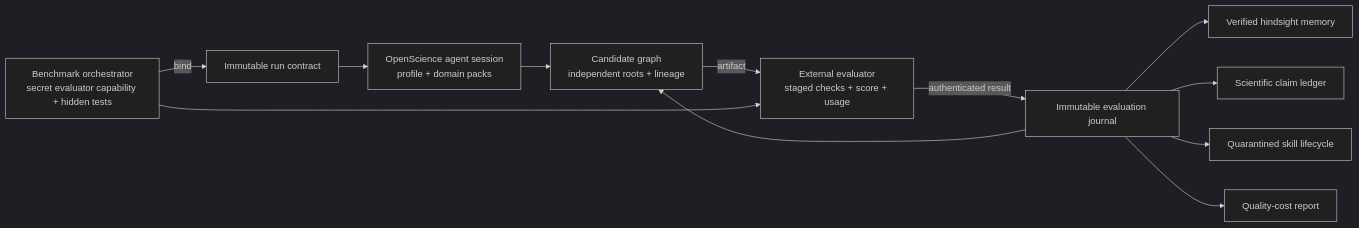
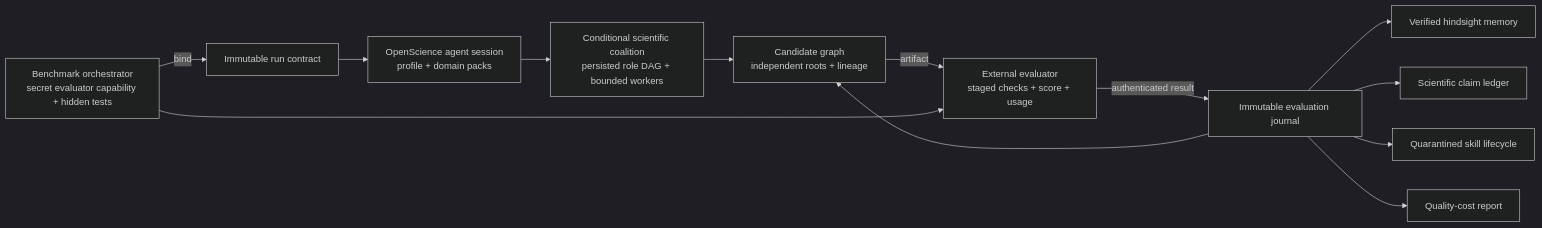
Before and after one commit to synthetic-sciences/openscience: the diagram in docs/HARNESS.md, drawn with Mermaid (dark theme). The commit also changed other lines of this file and 12 other files, not shown here.

Commit message:
feat(harness): add conditional scientific coalitions

````diff
--- a/docs/HARNESS.md
+++ b/docs/HARNESS.md
@@ -20,25 +21,27 @@
 ```mermaid
 flowchart LR
     O["Benchmark orchestrator\nsecret evaluator capability + hidden tests"]
     C["Immutable run contract"]
     A["OpenScience agent session\nprofile + domain packs"]
+    Q["Conditional scientific coalition\npersisted role DAG + bounded workers"]
     G["Candidate graph\nindependent roots + lineage"]
     E["External evaluator\nstaged checks + score + usage"]
     J["Immutable evaluation journal"]
     M["Verified hindsight memory"]
     K["Scientific claim ledger"]
     S["Quarantined skill lifecycle"]
     R["Quality-cost report"]
 
     O -->|bind| C
     C --> A
-    A --> G
+    A --> Q
+    Q --> G
     G -->|artifact| E
     O --> E
     E -->|authenticated result| J
     J --> G
     J --> M
     J --> K
     J --> S
     J --> R
 ```
````
